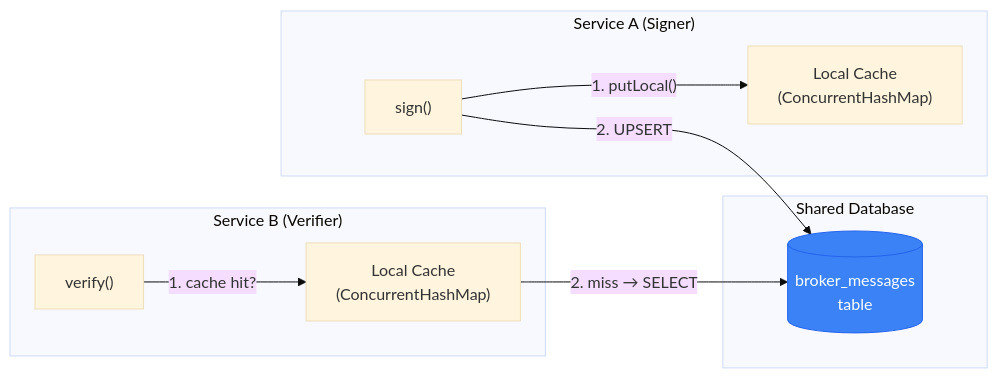
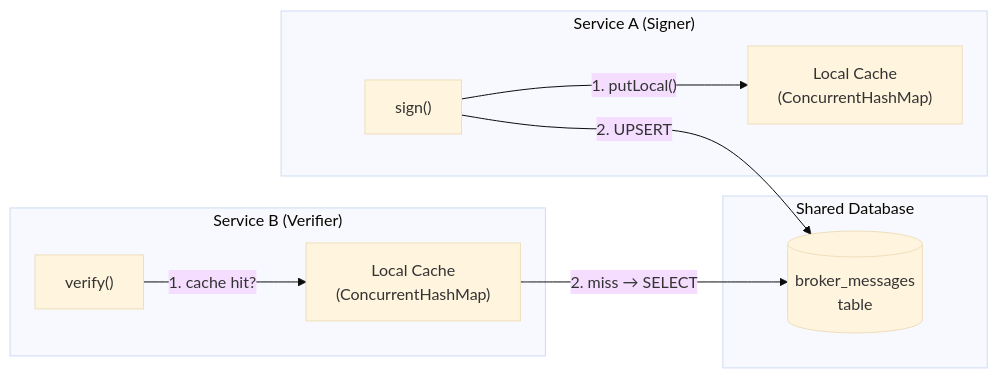
The first of 2 diagrams in docs/docs/modules/veridot-databases.md (cyfko/veridot), drawn with Mermaid (base theme) before and after one commit. The commit also changed 25 other files, not shown here.

First line of the commit message:
style: remove colorful fill styles from Mermaid diagrams

````diff
--- a/docs/docs/modules/veridot-databases.md
+++ b/docs/docs/modules/veridot-databases.md
@@ -52,23 +52,22 @@
 ```mermaid
 graph LR
     subgraph "Service A (Signer)"
         S["sign()"]
         LC1["Local Cache<br/>(ConcurrentHashMap)"]
     end
 
     subgraph "Shared Database"
         DB[("broker_messages<br/>table")]
     end
 
     subgraph "Service B (Verifier)"
         V["verify()"]
         LC2["Local Cache<br/>(ConcurrentHashMap)"]
     end
 
     S -->|"1. putLocal()"| LC1
     S -->|"2. UPSERT"| DB
     V -->|"1. cache hit?"| LC2
     LC2 -->|"2. miss → SELECT"| DB
 
-    style DB fill:#3b82f6,color:#fff,stroke:#2563eb
 ```
````
